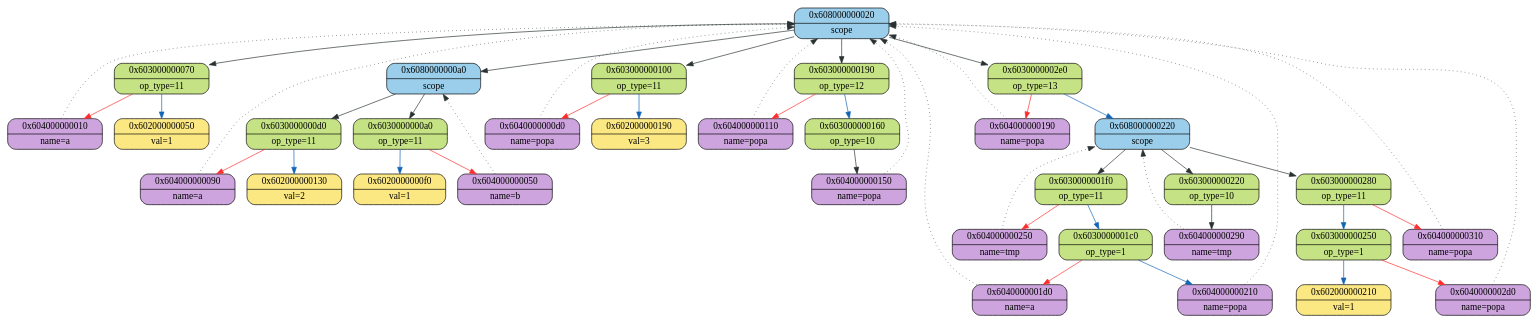
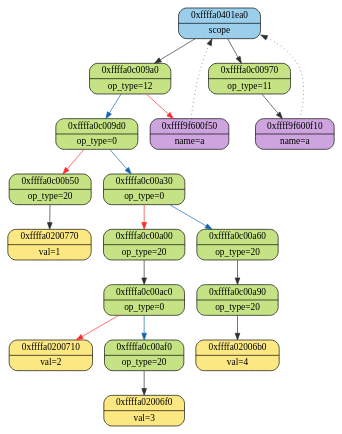
One commit to 2APetrin/ParaCL changed the diagram in ast/logs/log_graphviz.dot. Above: the diagram before and after it, drawn with Graphviz. The commit also changed 3 other files, not shown here.

```diff
--- a/ast/logs/log_graphviz.dot
+++ b/ast/logs/log_graphviz.dot
@@ -1,81 +1,38 @@
 digraph
 {
-    node_0x608000000020[shape = Mrecord, label = "{{0x608000000020} | {scope}}", style = "filled", fillcolor = "#9ACEEB"];
-    node_0x603000000070[shape = Mrecord, label = "{{0x603000000070} | {op_type=11}}", style = "filled", fillcolor = "#C5E384"];
-    node_0x604000000010[shape = Mrecord, label = "{{0x604000000010} | {name=a}}", style = "filled", fillcolor = "#CDA4DE"];
-    node_0x604000000010->node_0x608000000020 [ style = "dotted", color = "#293133"];
-    node_0x602000000050[shape = Mrecord, label = "{{0x602000000050} | {val=1}}", style = "filled", fillcolor = "#FCE883"];
-    node_0x603000000070->node_0x604000000010 [color = "#FF2B2B"];
-    node_0x603000000070->node_0x602000000050 [color = "#1164B4"];
-    node_0x608000000020->node_0x603000000070 [color = "#293133"];
-    node_0x6080000000a0[shape = Mrecord, label = "{{0x6080000000a0} | {scope}}", style = "filled", fillcolor = "#9ACEEB"];
-    node_0x6030000000a0[shape = Mrecord, label = "{{0x6030000000a0} | {op_type=11}}", style = "filled", fillcolor = "#C5E384"];
-    node_0x604000000050[shape = Mrecord, label = "{{0x604000000050} | {name=b}}", style = "filled", fillcolor = "#CDA4DE"];
-    node_0x604000000050->node_0x6080000000a0 [ style = "dotted", color = "#293133"];
-    node_0x6020000000f0[shape = Mrecord, label = "{{0x6020000000f0} | {val=1}}", style = "filled", fillcolor = "#FCE883"];
-    node_0x6030000000a0->node_0x604000000050 [color = "#FF2B2B"];
-    node_0x6030000000a0->node_0x6020000000f0 [color = "#1164B4"];
-    node_0x6080000000a0->node_0x6030000000a0 [color = "#293133"];
-    node_0x6030000000d0[shape = Mrecord, label = "{{0x6030000000d0} | {op_type=11}}", style = "filled", fillcolor = "#C5E384"];
-    node_0x604000000090[shape = Mrecord, label = "{{0x604000000090} | {name=a}}", style = "filled", fillcolor = "#CDA4DE"];
-    node_0x604000000090->node_0x608000000020 [ style = "dotted", color = "#293133"];
-    node_0x602000000130[shape = Mrecord, label = "{{0x602000000130} | {val=2}}", style = "filled", fillcolor = "#FCE883"];
-    node_0x6030000000d0->node_0x604000000090 [color = "#FF2B2B"];
-    node_0x6030000000d0->node_0x602000000130 [color = "#1164B4"];
-    node_0x6080000000a0->node_0x6030000000d0 [color = "#293133"];
-    node_0x608000000020->node_0x6080000000a0 [color = "#293133"];
-    node_0x603000000100[shape = Mrecord, label = "{{0x603000000100} | {op_type=11}}", style = "filled", fillcolor = "#C5E384"];
-    node_0x6040000000d0[shape = Mrecord, label = "{{0x6040000000d0} | {name=popa}}", style = "filled", fillcolor = "#CDA4DE"];
-    node_0x6040000000d0->node_0x608000000020 [ style = "dotted", color = "#293133"];
-    node_0x602000000190[shape = Mrecord, label = "{{0x602000000190} | {val=3}}", style = "filled", fillcolor = "#FCE883"];
-    node_0x603000000100->node_0x6040000000d0 [color = "#FF2B2B"];
-    node_0x603000000100->node_0x602000000190 [color = "#1164B4"];
-    node_0x608000000020->node_0x603000000100 [color = "#293133"];
-    node_0x603000000190[shape = Mrecord, label = "{{0x603000000190} | {op_type=12}}", style = "filled", fillcolor = "#C5E384"];
-    node_0x604000000110[shape = Mrecord, label = "{{0x604000000110} | {name=popa}}", style = "filled", fillcolor = "#CDA4DE"];
-    node_0x604000000110->node_0x608000000020 [ style = "dotted", color = "#293133"];
-    node_0x603000000160[shape = Mrecord, label = "{{0x603000000160} | {op_type=10}}", style = "filled", fillcolor = "#C5E384"];
-    node_0x604000000150[shape = Mrecord, label = "{{0x604000000150} | {name=popa}}", style = "filled", fillcolor = "#CDA4DE"];
-    node_0x604000000150->node_0x608000000020 [ style = "dotted", color = "#293133"];
-    node_0x603000000160->node_0x604000000150 [color = "#293133"];
-    node_0x603000000190->node_0x604000000110 [color = "#FF2B2B"];
-    node_0x603000000190->node_0x603000000160 [color = "#1164B4"];
-    node_0x608000000020->node_0x603000000190 [color = "#293133"];
-    node_0x6030000002e0[shape = Mrecord, label = "{{0x6030000002e0} | {op_type=13}}", style = "filled", fillcolor = "#C5E384"];
-    node_0x604000000190[shape = Mrecord, label = "{{0x604000000190} | {name=popa}}", style = "filled", fillcolor = "#CDA4DE"];
-    node_0x604000000190->node_0x608000000020 [ style = "dotted", color = "#293133"];
-    node_0x608000000220[shape = Mrecord, label = "{{0x608000000220} | {scope}}", style = "filled", fillcolor = "#9ACEEB"];
-    node_0x6030000001f0[shape = Mrecord, label = "{{0x6030000001f0} | {op_type=11}}", style = "filled", fillcolor = "#C5E384"];
-    node_0x604000000250[shape = Mrecord, label = "{{0x604000000250} | {name=tmp}}", style = "filled", fillcolor = "#CDA4DE"];
-    node_0x604000000250->node_0x608000000220 [ style = "dotted", color = "#293133"];
-    node_0x6030000001c0[shape = Mrecord, label = "{{0x6030000001c0} | {op_type=1}}", style = "filled", fillcolor = "#C5E384"];
-    node_0x6040000001d0[shape = Mrecord, label = "{{0x6040000001d0} | {name=a}}", style = "filled", fillcolor = "#CDA4DE"];
-    node_0x6040000001d0->node_0x608000000020 [ style = "dotted", color = "#293133"];
-    node_0x604000000210[shape = Mrecord, label = "{{0x604000000210} | {name=popa}}", style = "filled", fillcolor = "#CDA4DE"];
-    node_0x604000000210->node_0x608000000020 [ style = "dotted", color = "#293133"];
-    node_0x6030000001c0->node_0x6040000001d0 [color = "#FF2B2B"];
-    node_0x6030000001c0->node_0x604000000210 [color = "#1164B4"];
-    node_0x6030000001f0->node_0x604000000250 [color = "#FF2B2B"];
-    node_0x6030000001f0->node_0x6030000001c0 [color = "#1164B4"];
-    node_0x608000000220->node_0x6030000001f0 [color = "#293133"];
-    node_0x603000000220[shape = Mrecord, label = "{{0x603000000220} | {op_type=10}}", style = "filled", fillcolor = "#C5E384"];
-    node_0x604000000290[shape = Mrecord, label = "{{0x604000000290} | {name=tmp}}", style = "filled", fillcolor = "#CDA4DE"];
-    node_0x604000000290->node_0x608000000220 [ style = "dotted", color = "#293133"];
-    node_0x603000000220->node_0x604000000290 [color = "#293133"];
-    node_0x608000000220->node_0x603000000220 [color = "#293133"];
-    node_0x603000000280[shape = Mrecord, label = "{{0x603000000280} | {op_type=11}}", style = "filled", fillcolor = "#C5E384"];
-    node_0x604000000310[shape = Mrecord, label = "{{0x604000000310} | {name=popa}}", style = "filled", fillcolor = "#CDA4DE"];
-    node_0x604000000310->node_0x608000000020 [ style = "dotted", color = "#293133"];
-    node_0x603000000250[shape = Mrecord, label = "{{0x603000000250} | {op_type=1}}", style = "filled", fillcolor = "#C5E384"];
-    node_0x6040000002d0[shape = Mrecord, label = "{{0x6040000002d0} | {name=popa}}", style = "filled", fillcolor = "#CDA4DE"];
-    node_0x6040000002d0->node_0x608000000020 [ style = "dotted", color = "#293133"];
-    node_0x602000000210[shape = Mrecord, label = "{{0x602000000210} | {val=1}}", style = "filled", fillcolor = "#FCE883"];
-    node_0x603000000250->node_0x6040000002d0 [color = "#FF2B2B"];
-    node_0x603000000250->node_0x602000000210 [color = "#1164B4"];
-    node_0x603000000280->node_0x604000000310 [color = "#FF2B2B"];
-    node_0x603000000280->node_0x603000000250 [color = "#1164B4"];
-    node_0x608000000220->node_0x603000000280 [color = "#293133"];
-    node_0x6030000002e0->node_0x604000000190 [color = "#FF2B2B"];
-    node_0x6030000002e0->node_0x608000000220 [color = "#1164B4"];
-    node_0x608000000020->node_0x6030000002e0 [color = "#293133"];
+    node_0xffffa0401ea0[shape = Mrecord, label = "{{0xffffa0401ea0} | {scope}}", style = "filled", fillcolor = "#9ACEEB"];
+    node_0xffffa0c009a0[shape = Mrecord, label = "{{0xffffa0c009a0} | {op_type=12}}", style = "filled", fillcolor = "#C5E384"];
+    node_0xffff9f600f50[shape = Mrecord, label = "{{0xffff9f600f50} | {name=a}}", style = "filled", fillcolor = "#CDA4DE"];
+    node_0xffff9f600f50->node_0xffffa0401ea0 [ style = "dotted", color = "#293133"];
+    node_0xffffa0c009d0[shape = Mrecord, label = "{{0xffffa0c009d0} | {op_type=0}}", style = "filled", fillcolor = "#C5E384"];
+    node_0xffffa0c00b50[shape = Mrecord, label = "{{0xffffa0c00b50} | {op_type=20}}", style = "filled", fillcolor = "#C5E384"];
+    node_0xffffa0200770[shape = Mrecord, label = "{{0xffffa0200770} | {val=1}}", style = "filled", fillcolor = "#FCE883"];
+    node_0xffffa0c00b50->node_0xffffa0200770 [color = "#293133"];
+    node_0xffffa0c00a30[shape = Mrecord, label = "{{0xffffa0c00a30} | {op_type=0}}", style = "filled", fillcolor = "#C5E384"];
+    node_0xffffa0c00a00[shape = Mrecord, label = "{{0xffffa0c00a00} | {op_type=20}}", style = "filled", fillcolor = "#C5E384"];
+    node_0xffffa0c00ac0[shape = Mrecord, label = "{{0xffffa0c00ac0} | {op_type=0}}", style = "filled", fillcolor = "#C5E384"];
+    node_0xffffa0200710[shape = Mrecord, label = "{{0xffffa0200710} | {val=2}}", style = "filled", fillcolor = "#FCE883"];
+    node_0xffffa0c00af0[shape = Mrecord, label = "{{0xffffa0c00af0} | {op_type=20}}", style = "filled", fillcolor = "#C5E384"];
+    node_0xffffa02006f0[shape = Mrecord, label = "{{0xffffa02006f0} | {val=3}}", style = "filled", fillcolor = "#FCE883"];
+    node_0xffffa0c00af0->node_0xffffa02006f0 [color = "#293133"];
+    node_0xffffa0c00ac0->node_0xffffa0200710 [color = "#FF2B2B"];
+    node_0xffffa0c00ac0->node_0xffffa0c00af0 [color = "#1164B4"];
+    node_0xffffa0c00a00->node_0xffffa0c00ac0 [color = "#293133"];
+    node_0xffffa0c00a60[shape = Mrecord, label = "{{0xffffa0c00a60} | {op_type=20}}", style = "filled", fillcolor = "#C5E384"];
+    node_0xffffa0c00a90[shape = Mrecord, label = "{{0xffffa0c00a90} | {op_type=20}}", style = "filled", fillcolor = "#C5E384"];
+    node_0xffffa02006b0[shape = Mrecord, label = "{{0xffffa02006b0} | {val=4}}", style = "filled", fillcolor = "#FCE883"];
+    node_0xffffa0c00a90->node_0xffffa02006b0 [color = "#293133"];
+    node_0xffffa0c00a60->node_0xffffa0c00a90 [color = "#293133"];
+    node_0xffffa0c00a30->node_0xffffa0c00a00 [color = "#FF2B2B"];
+    node_0xffffa0c00a30->node_0xffffa0c00a60 [color = "#1164B4"];
+    node_0xffffa0c009d0->node_0xffffa0c00b50 [color = "#FF2B2B"];
+    node_0xffffa0c009d0->node_0xffffa0c00a30 [color = "#1164B4"];
+    node_0xffffa0c009a0->node_0xffff9f600f50 [color = "#FF2B2B"];
+    node_0xffffa0c009a0->node_0xffffa0c009d0 [color = "#1164B4"];
+    node_0xffffa0401ea0->node_0xffffa0c009a0 [color = "#293133"];
+    node_0xffffa0c00970[shape = Mrecord, label = "{{0xffffa0c00970} | {op_type=11}}", style = "filled", fillcolor = "#C5E384"];
+    node_0xffff9f600f10[shape = Mrecord, label = "{{0xffff9f600f10} | {name=a}}", style = "filled", fillcolor = "#CDA4DE"];
+    node_0xffff9f600f10->node_0xffffa0401ea0 [ style = "dotted", color = "#293133"];
+    node_0xffffa0c00970->node_0xffff9f600f10 [color = "#293133"];
+    node_0xffffa0401ea0->node_0xffffa0c00970 [color = "#293133"];
 }
```
